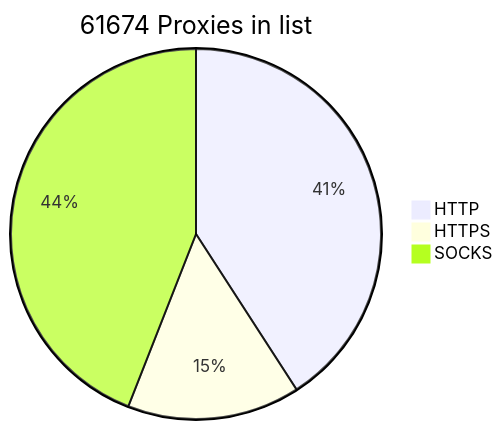
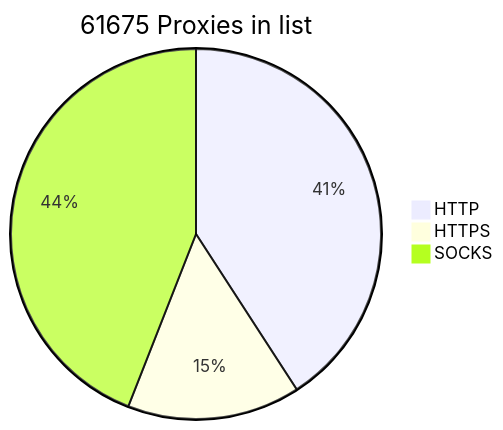
One commit to BlackSnowDot/proxylist-update-every-minute changed the diagram in README.md. Above: the diagram before and after it, drawn with Mermaid.

````diff
--- a/README.md
+++ b/README.md
@@ -2,6 +2,6 @@
 ```mermaid
-pie title 61674 Proxies in list
-    "HTTP" : 28612
-    "HTTPS": 10566
-    "SOCKS" : 30838
+pie title 61675 Proxies in list
+    "HTTP" : 28602
+    "HTTPS": 10577
+    "SOCKS" : 30839
 ```
````
